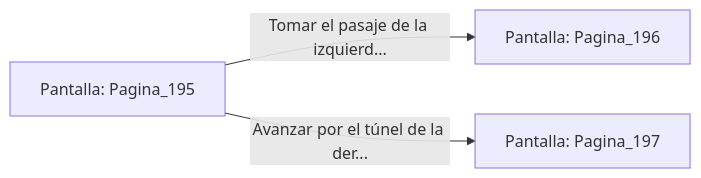
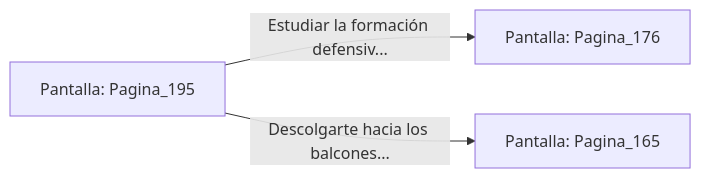
The diagram in sample/eligejuego-vault/Pantalla_Pagina_195.md (metsuke/mpl), drawn with Mermaid before and after one commit. The commit also changed other lines of this file and 635 other files, not shown here.

First line of the commit message:
fix: añadir Pagina_1 como pantalla inicial en capitulo_01.mpl

````diff
--- a/sample/eligejuego-vault/Pantalla_Pagina_195.md
+++ b/sample/eligejuego-vault/Pantalla_Pagina_195.md
@@ -20,6 +24,6 @@
 ```mermaid
 graph LR
     P_Pagina_195["Pantalla: Pagina_195"]
-    P_Pagina_195 -->|"Tomar el pasaje de la izquierd..."| P_Pagina_196["Pantalla: Pagina_196"]
-    P_Pagina_195 -->|"Avanzar por el túnel de la der..."| P_Pagina_197["Pantalla: Pagina_197"]
+    P_Pagina_195 -->|"Estudiar la formación defensiv..."| P_Pagina_176["Pantalla: Pagina_176"]
+    P_Pagina_195 -->|"Descolgarte hacia los balcones..."| P_Pagina_165["Pantalla: Pagina_165"]
 ```
````
